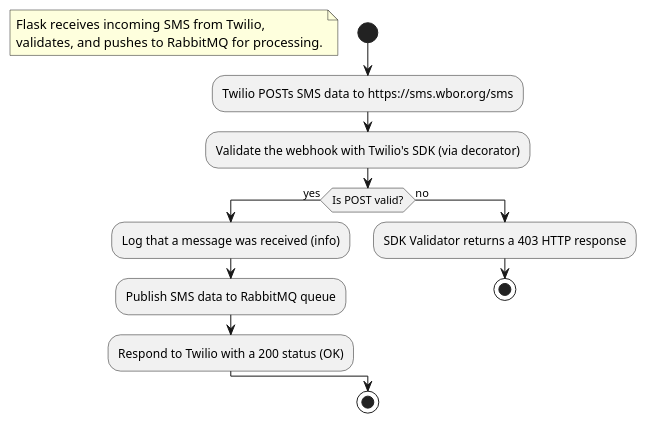
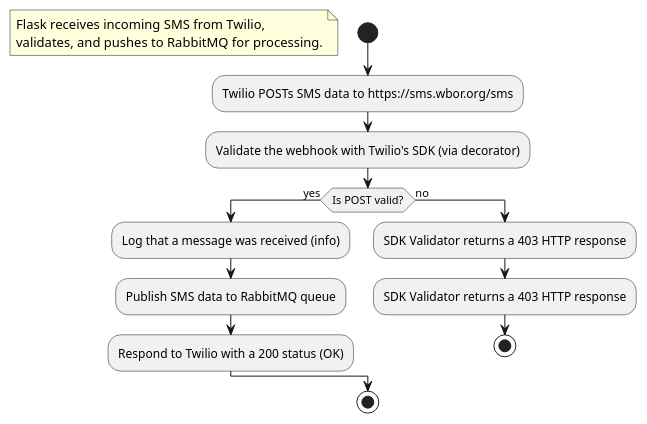
Before and after one commit to wbor-fm/wbor-twilio: the diagram in diagrams/inbound.puml, drawn with PlantUML.

Commit message:
Test workflow

```diff
--- a/diagrams/inbound.puml
+++ b/diagrams/inbound.puml
@@ -1,22 +1,23 @@
 @startuml Inbound Messages
 start
 
 floating note
     Flask receives incoming SMS from Twilio,
     validates, and pushes to RabbitMQ for processing.
 end note
 
 :Twilio POSTs SMS data to https://sms.wbor.org/sms;
 :Validate the webhook with Twilio's SDK (via decorator);
 
 if (Is POST valid?) then (yes)
     :Log that a message was received (info);
     :Publish SMS data to RabbitMQ queue;
 
     :Respond to Twilio with a 200 status (OK);
 else (no)
     :SDK Validator returns a 403 HTTP response;
+    :SDK Validator returns a 403 HTTP response;
     stop
 endif
 stop
 @enduml
```
